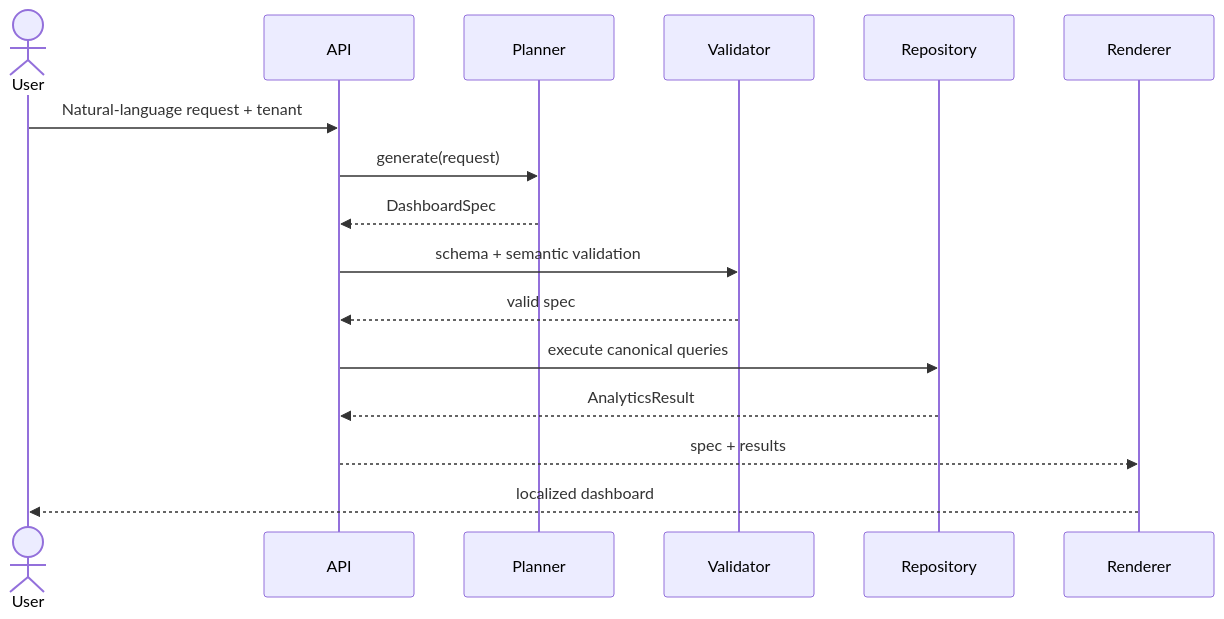
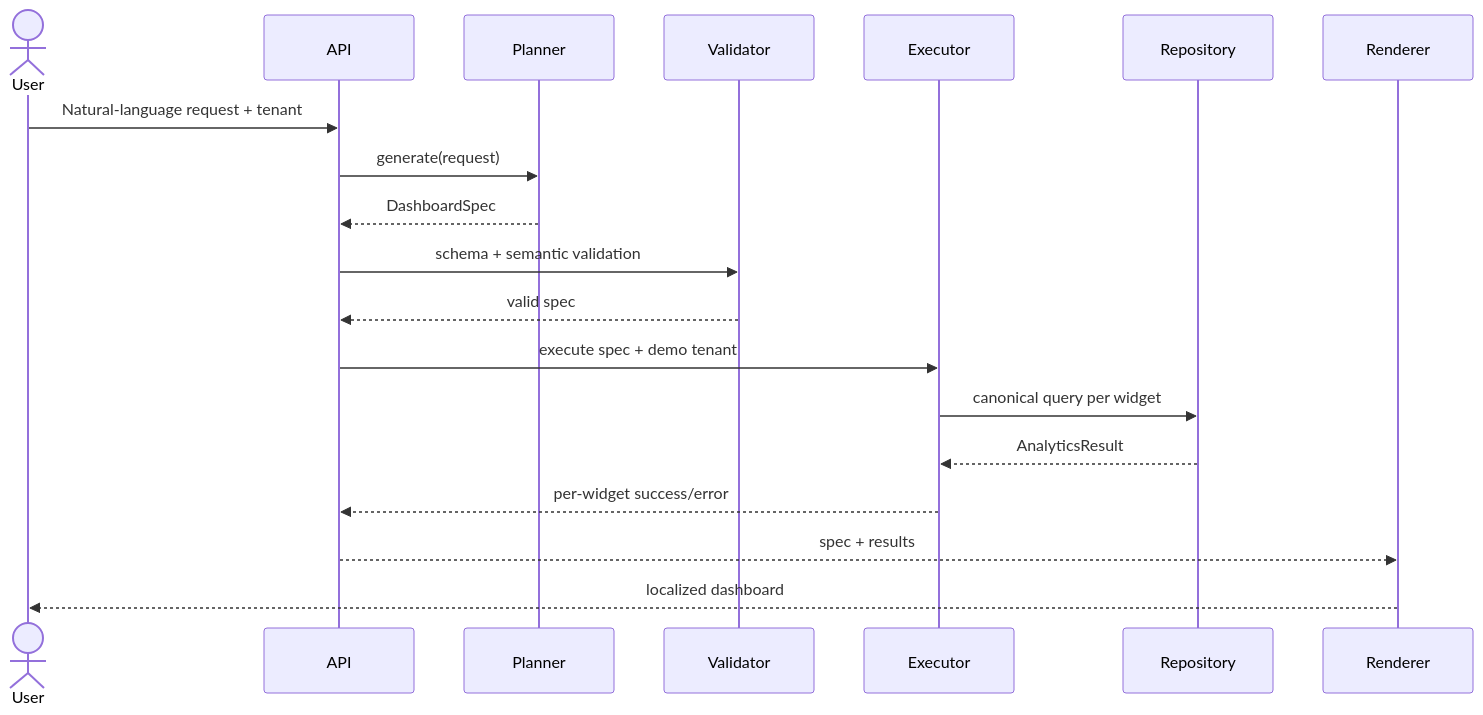
Before and after one commit to hazemyoussif/el-dabboos-analytics: the third of 6 diagrams in docs/architecture/diagrams.md, drawn with Mermaid. The commit also changed other lines of this file and 9 other files, not shown here.

````diff
--- a/docs/architecture/diagrams.md
+++ b/docs/architecture/diagrams.md
@@ -37,18 +39,21 @@
 ```mermaid
 sequenceDiagram
   actor User
   participant API
   participant Planner
   participant Validator
+  participant Executor
   participant Repository
   participant Renderer
   User->>API: Natural-language request + tenant
   API->>Planner: generate(request)
   Planner-->>API: DashboardSpec
   API->>Validator: schema + semantic validation
   Validator-->>API: valid spec
-  API->>Repository: execute canonical queries
-  Repository-->>API: AnalyticsResult
+  API->>Executor: execute spec + demo tenant
+  Executor->>Repository: canonical query per widget
+  Repository-->>Executor: AnalyticsResult
+  Executor-->>API: per-widget success/error
   API-->>Renderer: spec + results
   Renderer-->>User: localized dashboard
 ```
````
